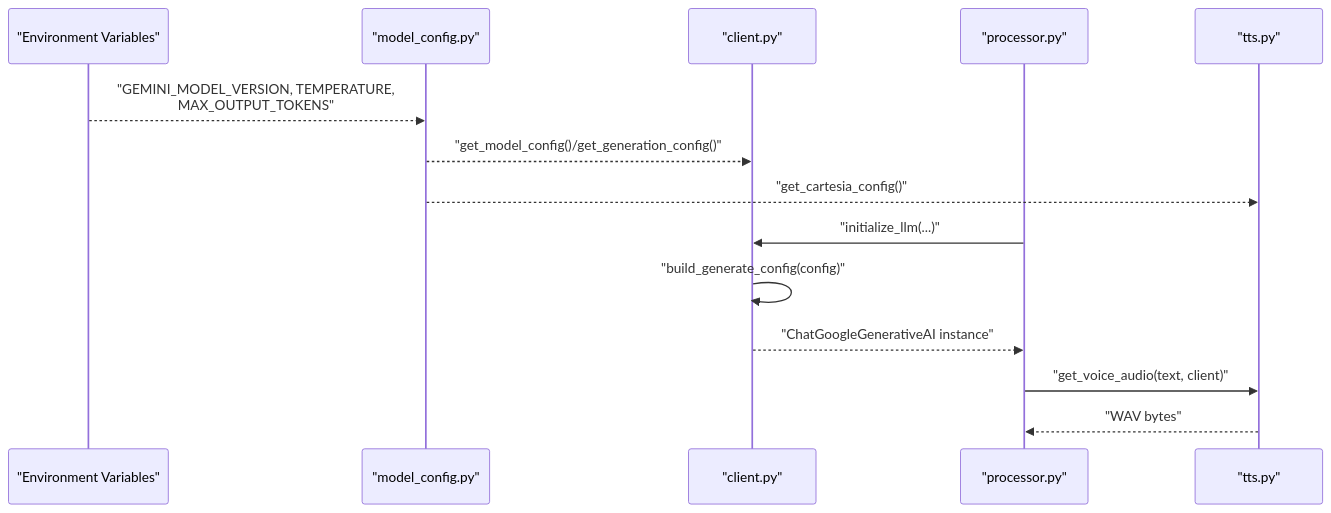
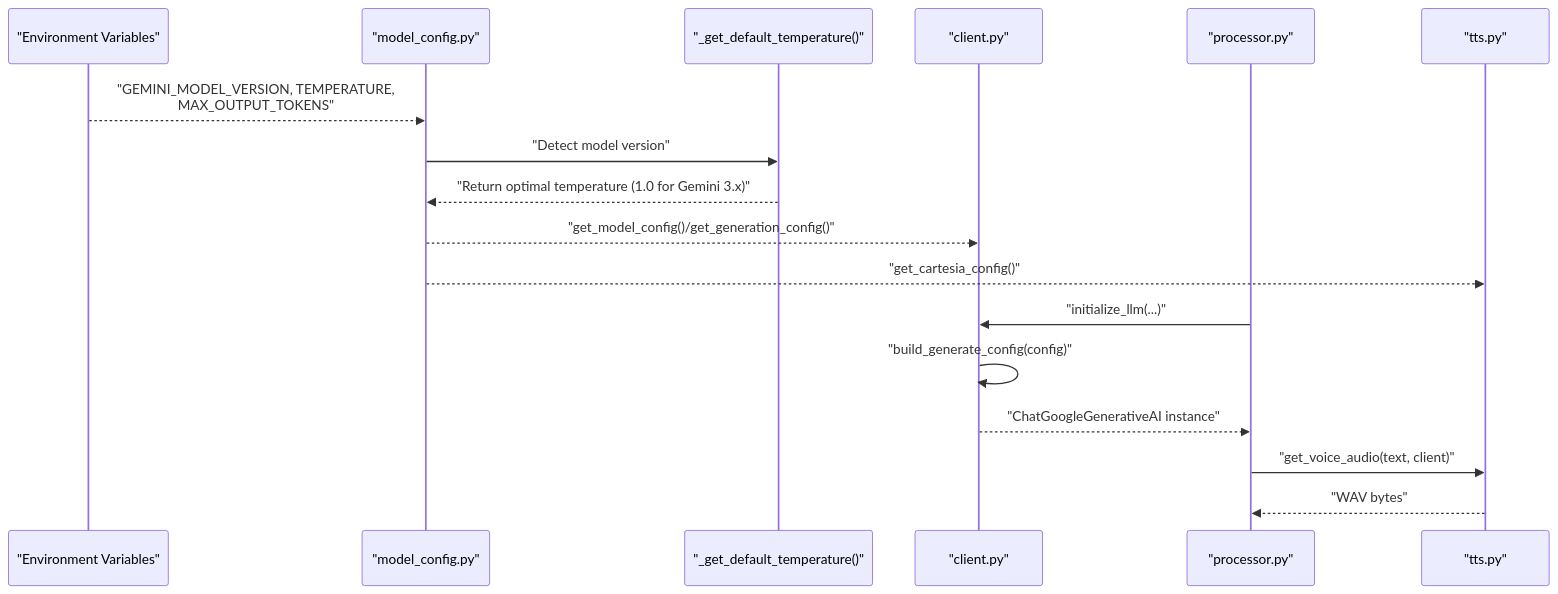
Before and after one commit to MOK-5-ha/MayaMCP: the second of 7 diagrams in .qoder/repowiki/en/content/Configuration Management/Model Configuration.md, drawn with Mermaid. The commit also changed other lines of this file and 27 other files, not shown here.

````diff
--- a/.qoder/repowiki/en/content/Configuration Management/Model Configuration.md
+++ b/.qoder/repowiki/en/content/Configuration Management/Model Configuration.md
@@ -122,16 +136,19 @@
 ```mermaid
 sequenceDiagram
 participant Env as "Environment Variables"
 participant Cfg as "model_config.py"
+participant Temp as "_get_default_temperature()"
 participant LLM as "client.py"
 participant Proc as "processor.py"
 participant TTS as "tts.py"
 Env-->>Cfg : "GEMINI_MODEL_VERSION, TEMPERATURE,<br/>MAX_OUTPUT_TOKENS"
+Cfg->>Temp : "Detect model version"
+Temp-->>Cfg : "Return optimal temperature (1.0 for Gemini 3.x)"
 Cfg-->>LLM : "get_model_config()/get_generation_config()"
 Cfg-->>TTS : "get_cartesia_config()"
 Proc->>LLM : "initialize_llm(...)"
 LLM->>LLM : "build_generate_config(config)"
 LLM-->>Proc : "ChatGoogleGenerativeAI instance"
 Proc->>TTS : "get_voice_audio(text, client)"
 TTS-->>Proc : "WAV bytes"
 ```
````
